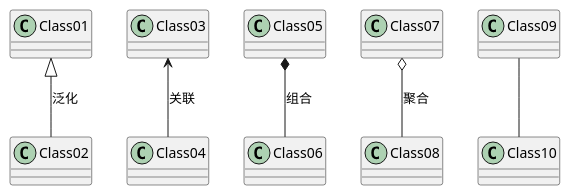
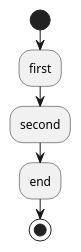
One commit to yumodev/yumodev_notes changed the diagram in atom/atom_plantuml.md. Above: the diagram before and after it, drawn with PlantUML. The commit also changed other lines of this file and 4 other files, not shown here.

Commit message:
add plantuml in atom

```diff
--- a/atom/atom_plantuml.md
+++ b/atom/atom_plantuml.md
@@ -14,8 +37,7 @@
-      @startuml
-      Class01 <|-- Class02:泛化
-      Class03 <-- Class04:关联
-      Class05 *-- Class06:组合
-      Class07 o-- Class08:聚合
-      Class09 -- Class10
-
-      @enduml
+  @startuml
+  start
+  :first;
+  :second;
+  :end;
+  stop
+  @enduml
```
